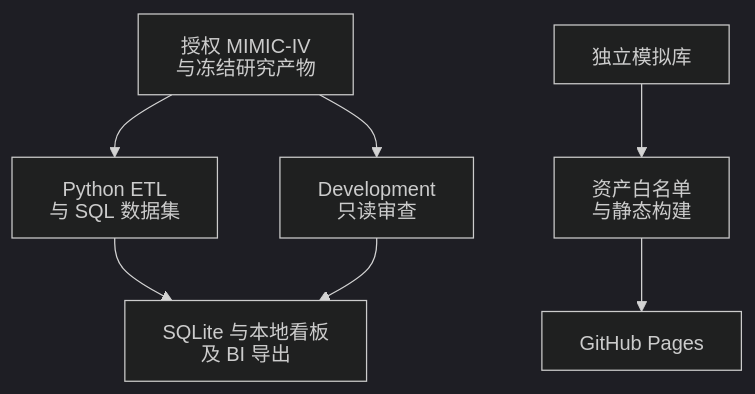
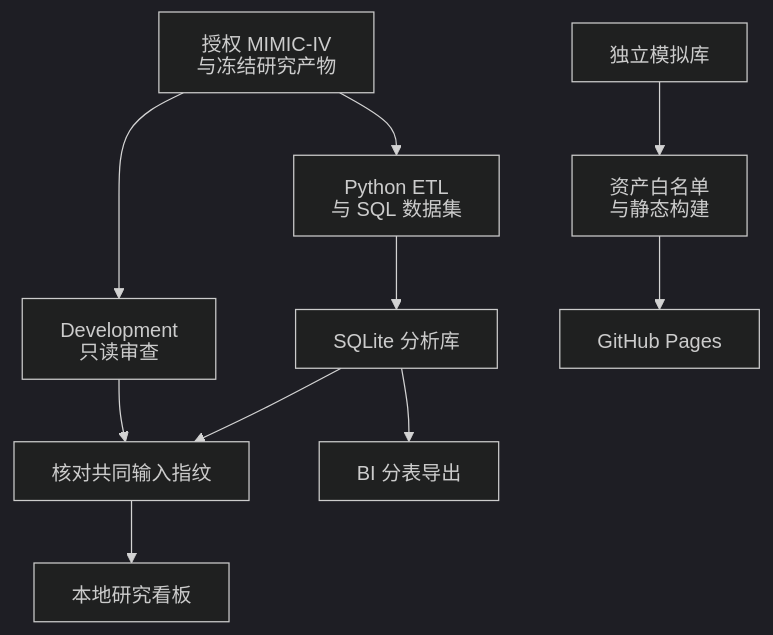
Before and after one commit to huhu-0026/icu-outcomes-analytics: the diagram in README.md, drawn with Mermaid (dark theme). The commit also changed other lines of this file and 17 other files, not shown here.

````diff
--- a/README.md
+++ b/README.md
@@ -26,11 +21,14 @@
 ```mermaid
 %%{init: {"htmlLabels": false, "flowchart": {"htmlLabels": false}}}%%
 flowchart TD
   accTitle: 本地研究与公开演示的数据流
   accDescr: 授权 MIMIC-IV 和冻结研究产物经数据处理与只读审查后用于本地看板与 BI 导出。独立模拟库经白名单检查和静态构建后发布到 GitHub Pages。
   RAW["授权 MIMIC-IV<br/>与冻结研究产物"] --> ETL["Python ETL<br/>与 SQL 数据集"]
-  ETL --> LOCAL["SQLite 与本地看板<br/>及 BI 导出"]
+  ETL --> MART["SQLite 分析库"]
   RAW --> REVIEW["Development<br/>只读审查"]
-  REVIEW --> LOCAL
+  MART --> MATCH["核对共同输入指纹"]
+  REVIEW --> MATCH
+  MATCH --> LOCAL["本地研究看板"]
+  MART --> BI["BI 分表导出"]
   DEMO["独立模拟库"] --> BUILD["资产白名单<br/>与静态构建"] --> SITE["GitHub Pages"]
 ```
````
